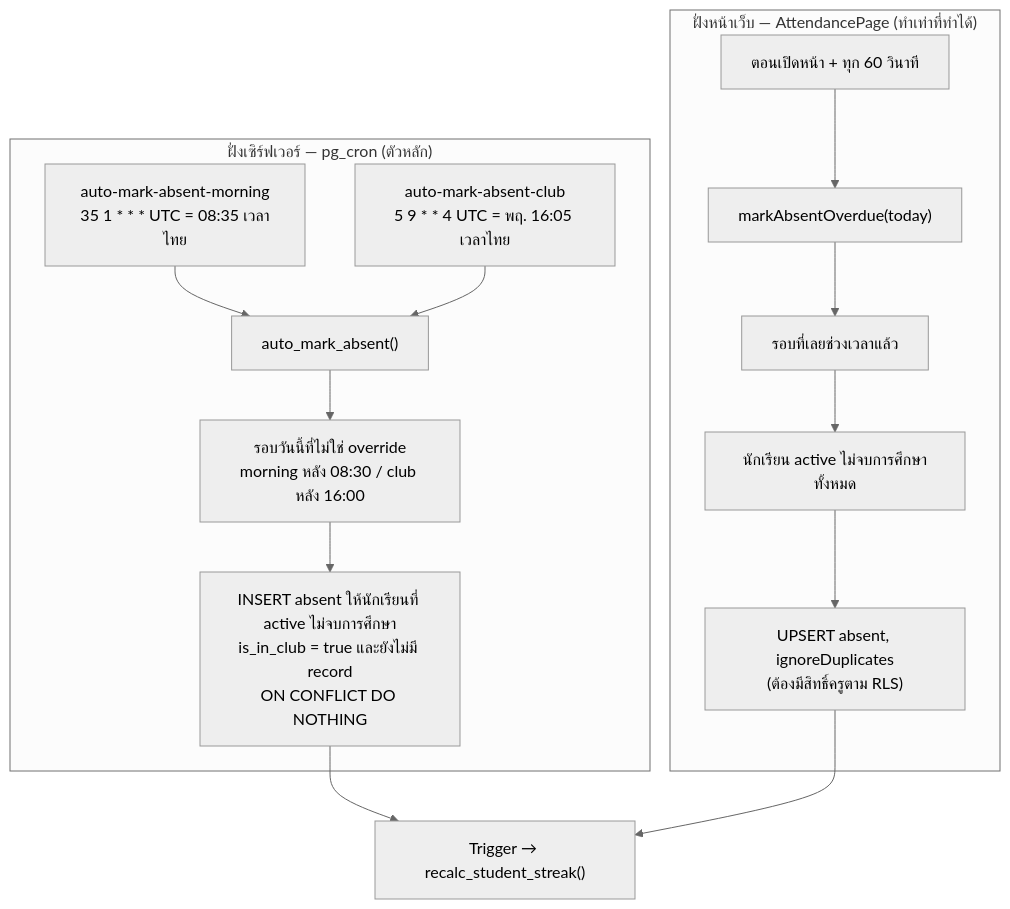
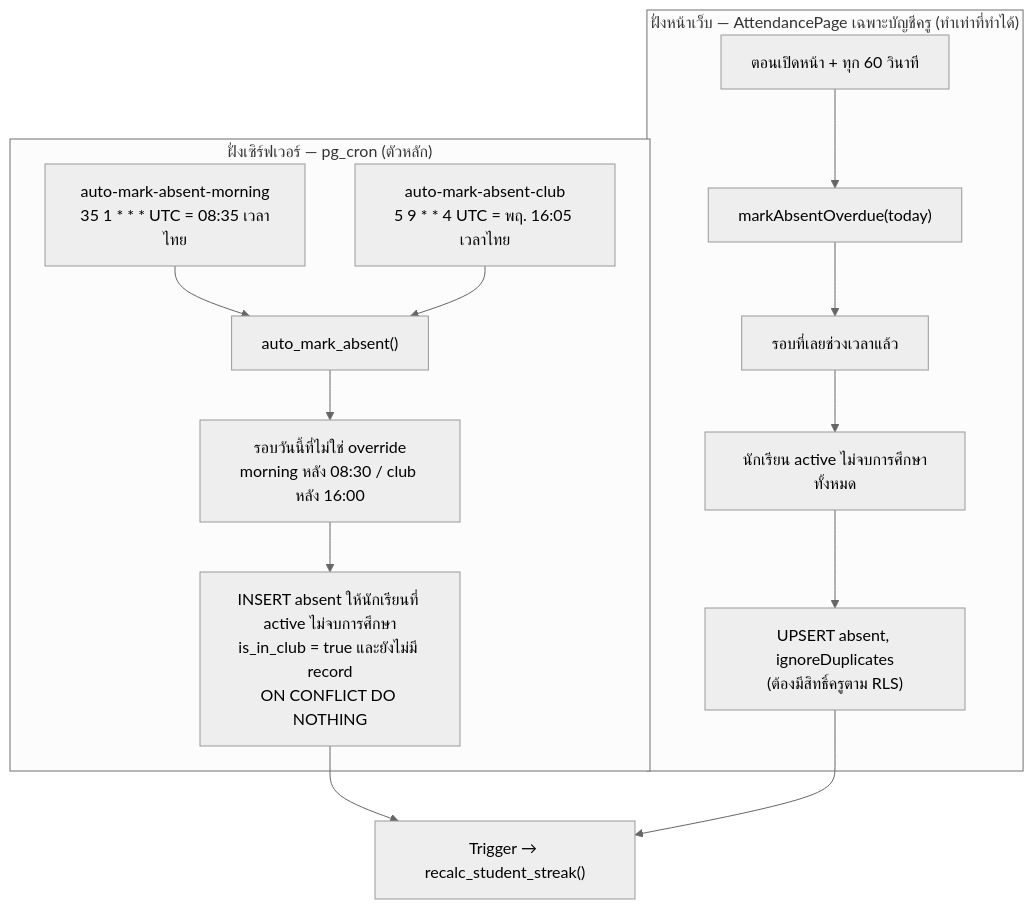
Before and after one commit to wachirawitraksa/marching-band-attendance: the eighth of 15 diagrams in README.th.md, drawn with Mermaid (neutral theme). The commit also changed other lines of this file and 1 other file, not shown here.

````diff
--- a/README.th.md
+++ b/README.th.md
@@ -362,19 +384,19 @@
 ```mermaid
 flowchart TD
     subgraph Server["ฝั่งเซิร์ฟเวอร์ — pg_cron (ตัวหลัก)"]
         C1["auto-mark-absent-morning<br/>35 1 * * * UTC = 08:35 เวลาไทย"] --> F["auto_mark_absent()"]
         C2["auto-mark-absent-club<br/>5 9 * * 4 UTC = พฤ. 16:05 เวลาไทย"] --> F
         F --> Q1["รอบวันนี้ที่ไม่ใช่ override<br/>morning หลัง 08:30 / club หลัง 16:00"]
         Q1 --> Ins["INSERT absent ให้นักเรียนที่ active ไม่จบการศึกษา<br/>is_in_club = true และยังไม่มี record<br/>ON CONFLICT DO NOTHING"]
     end
 
-    subgraph Client["ฝั่งหน้าเว็บ — AttendancePage (ทำเท่าที่ทำได้)"]
+    subgraph Client["ฝั่งหน้าเว็บ — AttendancePage เฉพาะบัญชีครู (ทำเท่าที่ทำได้)"]
         Tm["ตอนเปิดหน้า + ทุก 60 วินาที"] --> MA["markAbsentOverdue(today)"]
         MA --> Over["รอบที่เลยช่วงเวลาแล้ว"]
         Over --> Stu["นักเรียน active ไม่จบการศึกษาทั้งหมด"]
         Stu --> Ups["UPSERT absent, ignoreDuplicates<br/>(ต้องมีสิทธิ์ครูตาม RLS)"]
     end
 
     Ins --> TG["Trigger → recalc_student_streak()"]
     Ups --> TG
 ```
````
